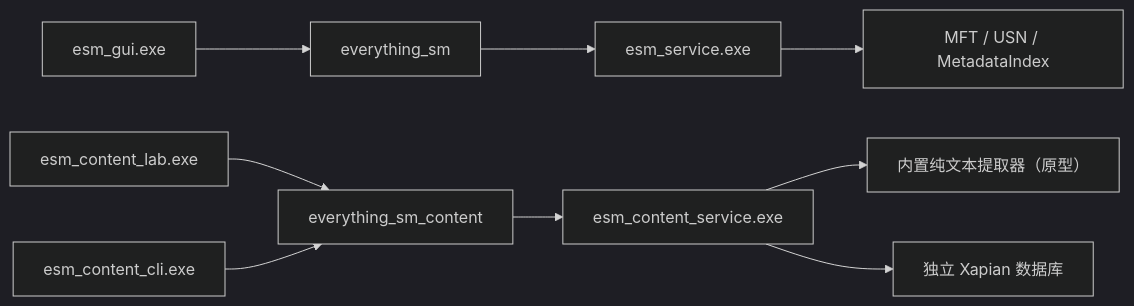
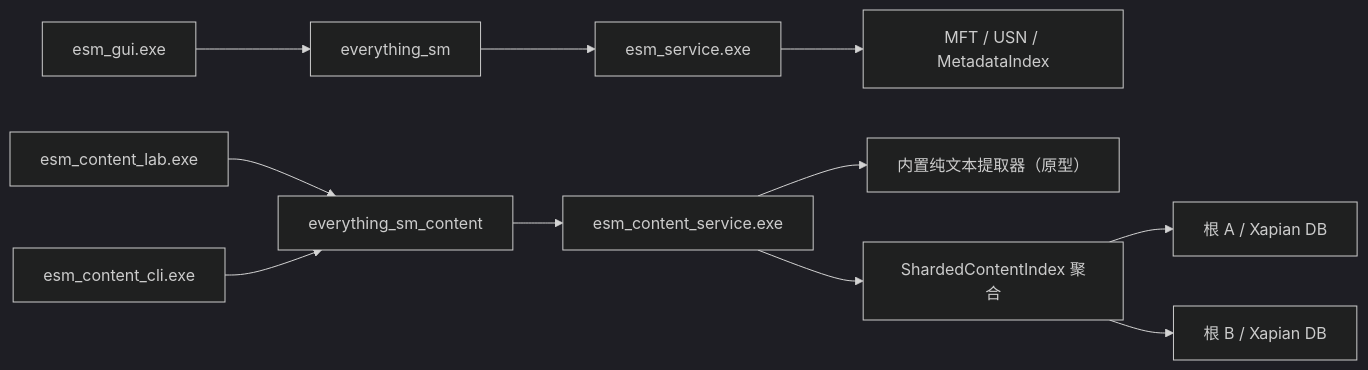
Before and after one commit to sunfengsheng/esm: the diagram in docs/CONTENT_SEARCH.md, drawn with Mermaid (dark theme). The commit also changed other lines of this file and 16 other files, not shown here.

````diff
--- a/docs/CONTENT_SEARCH.md
+++ b/docs/CONTENT_SEARCH.md
@@ -9,12 +9,14 @@
 ```mermaid
 flowchart LR
     MainGui["esm_gui.exe"] --> NamePipe["everything_sm"]
     NamePipe --> NameService["esm_service.exe"]
     NameService --> NameIndex["MFT / USN / MetadataIndex"]
 
     ContentLab["esm_content_lab.exe"] --> ContentPipe["everything_sm_content"]
     ContentCli["esm_content_cli.exe"] --> ContentPipe
     ContentPipe --> ContentService["esm_content_service.exe"]
     ContentService --> Extractor["内置纯文本提取器（原型）"]
-    ContentService --> Xapian["独立 Xapian 数据库"]
+    ContentService --> Router["ShardedContentIndex 聚合"]
+    Router --> XapianA["根 A / Xapian DB"]
+    Router --> XapianB["根 B / Xapian DB"]
 ```
````
